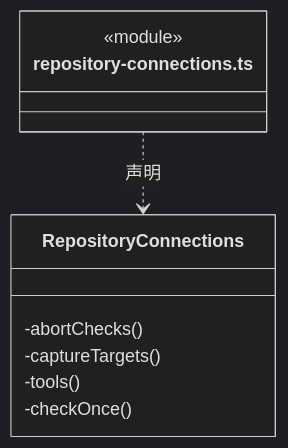
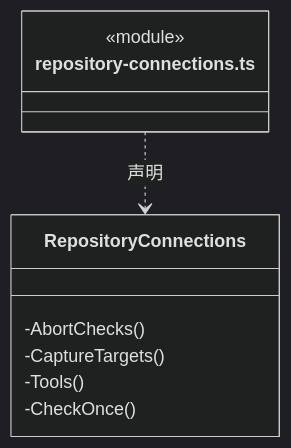
One commit to nan023062/cbim changed the fourth of 5 diagrams in src/logic/connectors/service/ARCHITECTURE.md. Above: the diagram before and after it, drawn with Mermaid (dark theme). The commit also changed other lines of this file and 1035 other files, not shown here.

````diff
--- a/src/logic/connectors/service/ARCHITECTURE.md
+++ b/src/logic/connectors/service/ARCHITECTURE.md
@@ -135,13 +135,13 @@
 ```mermaid
 classDiagram
 class N_src_logic_connectors_service_repository_connections_ts["repository-connections.ts"] {
   <<module>>
 }
 class N_src_logic_connectors_service_repository_connections_ts_RepositoryConnections["RepositoryConnections"] {
-  -abortChecks()
-  -captureTargets()
-  -tools()
-  -checkOnce()
+  -AbortChecks()
+  -CaptureTargets()
+  -Tools()
+  -CheckOnce()
 }
 N_src_logic_connectors_service_repository_connections_ts ..> N_src_logic_connectors_service_repository_connections_ts_RepositoryConnections : 声明
 ```
````
